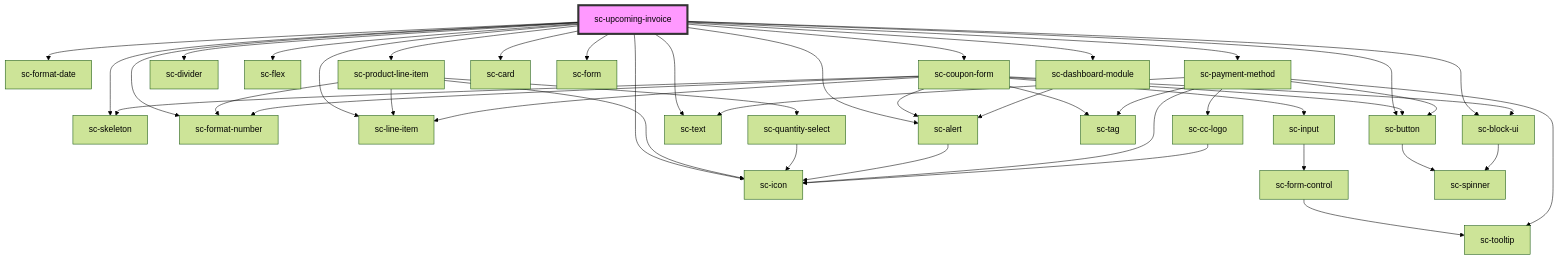
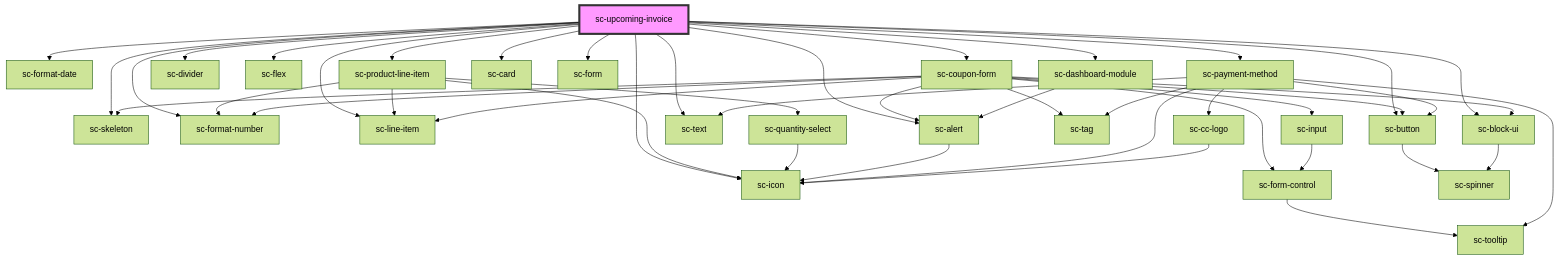
One commit to surecart/surecart-wp-plugin changed the diagram in packages/components/src/components/controllers/dashboard/upcoming-invoice/readme.md. Above: the diagram before and after it, drawn with Mermaid (forest theme). The commit also changed 27 other files, not shown here.

````diff
--- a/packages/components/src/components/controllers/dashboard/upcoming-invoice/readme.md
+++ b/packages/components/src/components/controllers/dashboard/upcoming-invoice/readme.md
@@ -46,47 +46,48 @@
 ```mermaid
 graph TD;
   sc-upcoming-invoice --> sc-format-date
   sc-upcoming-invoice --> sc-skeleton
   sc-upcoming-invoice --> sc-format-number
   sc-upcoming-invoice --> sc-product-line-item
   sc-upcoming-invoice --> sc-line-item
   sc-upcoming-invoice --> sc-coupon-form
   sc-upcoming-invoice --> sc-divider
   sc-upcoming-invoice --> sc-flex
   sc-upcoming-invoice --> sc-payment-method
   sc-upcoming-invoice --> sc-icon
   sc-upcoming-invoice --> sc-alert
   sc-upcoming-invoice --> sc-dashboard-module
   sc-upcoming-invoice --> sc-card
   sc-upcoming-invoice --> sc-form
   sc-upcoming-invoice --> sc-button
   sc-upcoming-invoice --> sc-text
   sc-upcoming-invoice --> sc-block-ui
   sc-product-line-item --> sc-format-number
   sc-product-line-item --> sc-quantity-select
   sc-product-line-item --> sc-icon
   sc-product-line-item --> sc-line-item
   sc-quantity-select --> sc-icon
   sc-coupon-form --> sc-skeleton
   sc-coupon-form --> sc-line-item
   sc-coupon-form --> sc-tag
   sc-coupon-form --> sc-format-number
   sc-coupon-form --> sc-input
   sc-coupon-form --> sc-button
   sc-coupon-form --> sc-alert
   sc-coupon-form --> sc-block-ui
+  sc-coupon-form --> sc-form-control
   sc-input --> sc-form-control
   sc-form-control --> sc-tooltip
   sc-button --> sc-spinner
   sc-alert --> sc-icon
   sc-block-ui --> sc-spinner
   sc-payment-method --> sc-tooltip
   sc-payment-method --> sc-button
   sc-payment-method --> sc-icon
   sc-payment-method --> sc-tag
   sc-payment-method --> sc-cc-logo
   sc-payment-method --> sc-text
   sc-cc-logo --> sc-icon
   sc-dashboard-module --> sc-alert
   style sc-upcoming-invoice fill:#f9f,stroke:#333,stroke-width:4px
 ```
````
